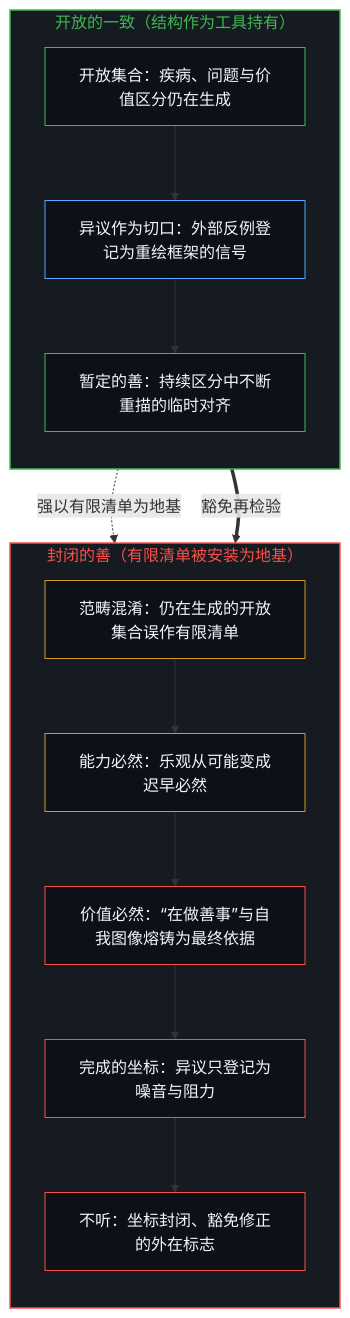
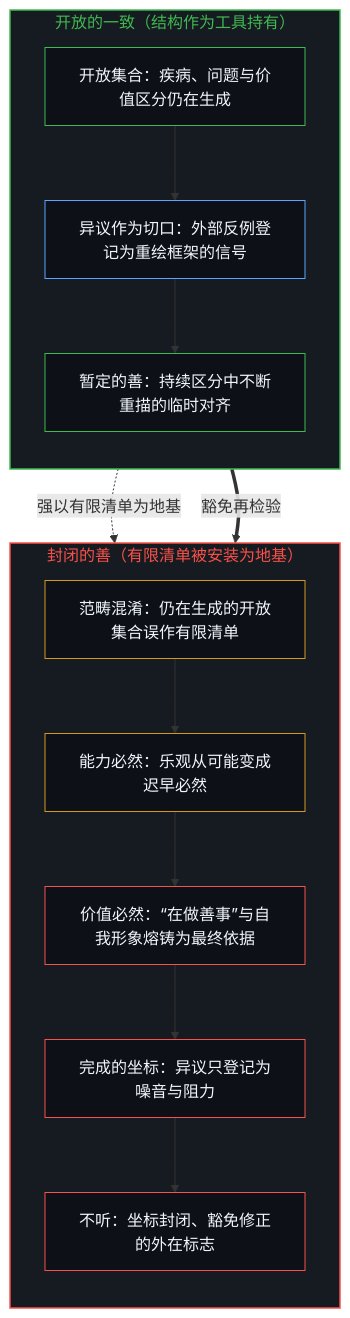
One commit to powerpig99/not-a-toe changed the first of 2 diagrams in content/posts/e-shi-feng-bi-de-shan.md. Above: the diagram before and after it, drawn with Mermaid. The commit also changed other lines of this file and 48 other files, not shown here.

````diff
--- a/content/posts/e-shi-feng-bi-de-shan.md
+++ b/content/posts/e-shi-feng-bi-de-shan.md
@@ -69,34 +69,31 @@
 ```mermaid
 flowchart TD
     subgraph S_Open["开放的一致（结构作为工具持有）"]
         direction TB
         O1["开放集合：疾病、问题与价值区分仍在生成"]
         O2["异议作为切口：外部反例登记为重绘框架的信号"]
         O3["暂定的善：持续区分中不断重描的临时对齐"]
         O1 --> O2 --> O3
     end
-
     subgraph S_Closed["封闭的善（有限清单被安装为地基）"]
         direction TB
         C1["范畴混淆：仍在生成的开放集合误作有限清单"]
         C2["能力必然：乐观从可能变成迟早必然"]
-        C3["价值必然：“在做善事”与自我图像熔铸为最终依据"]
+        C3["价值必然：“在做善事”与自我形象熔铸为最终依据"]
         C4["完成的坐标：异议只登记为噪音与阻力"]
         C5["不听：坐标封闭、豁免修正的外在标志"]
         C1 --> C2 --> C3 --> C4 --> C5
     end
-
     O1 -.->|"强以有限清单为地基"| C1
     O3 ==>|"豁免再检验"| C3
-
     style S_Open fill:#161b22,stroke:#3fb950,stroke-width:1.5px,color:#3fb950
     style S_Closed fill:#161b22,stroke:#f85149,stroke-width:1.5px,color:#f85149
     style O1 fill:#0d1117,stroke:#3fb950,stroke-width:1px,color:#f0f6fc
     style O2 fill:#0d1117,stroke:#58a6ff,stroke-width:1px,color:#f0f6fc
     style O3 fill:#0d1117,stroke:#3fb950,stroke-width:1px,color:#f0f6fc
     style C1 fill:#0d1117,stroke:#d29922,stroke-width:1px,color:#f0f6fc
     style C2 fill:#0d1117,stroke:#d29922,stroke-width:1px,color:#f0f6fc
     style C3 fill:#0d1117,stroke:#f85149,stroke-width:1px,color:#f0f6fc
     style C4 fill:#0d1117,stroke:#f85149,stroke-width:1px,color:#f0f6fc
     style C5 fill:#0d1117,stroke:#f85149,stroke-width:1px,color:#f0f6fc
 ```
````
